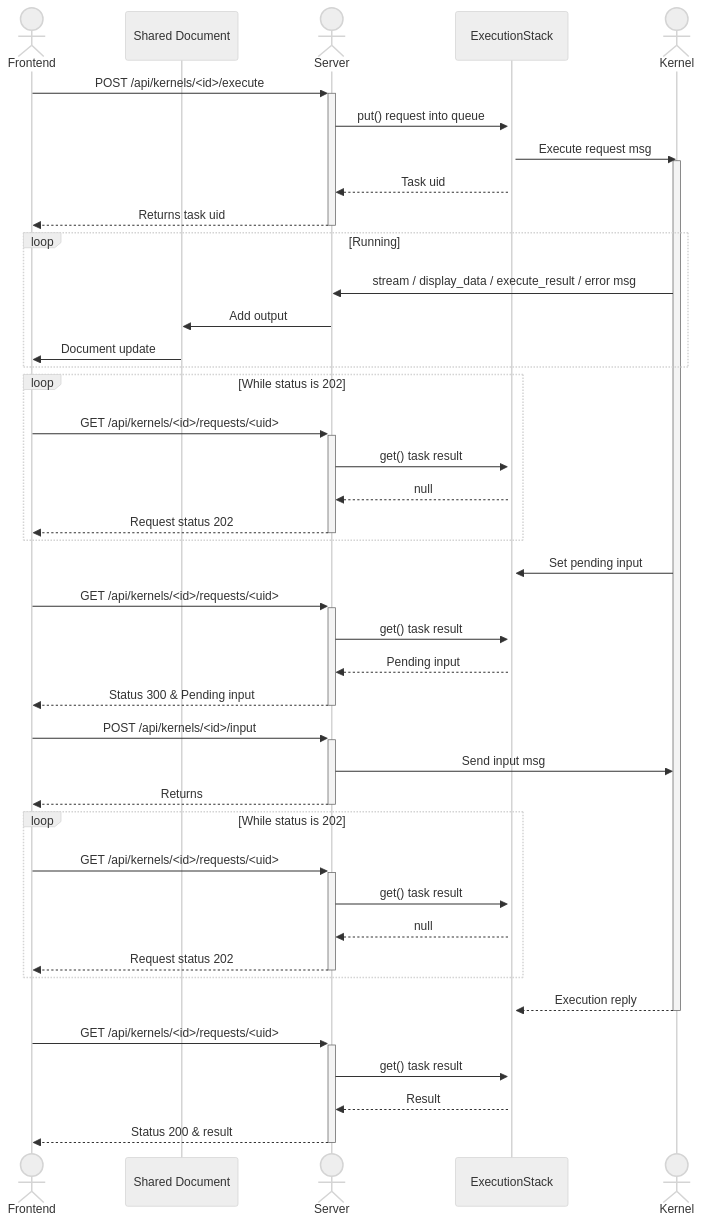
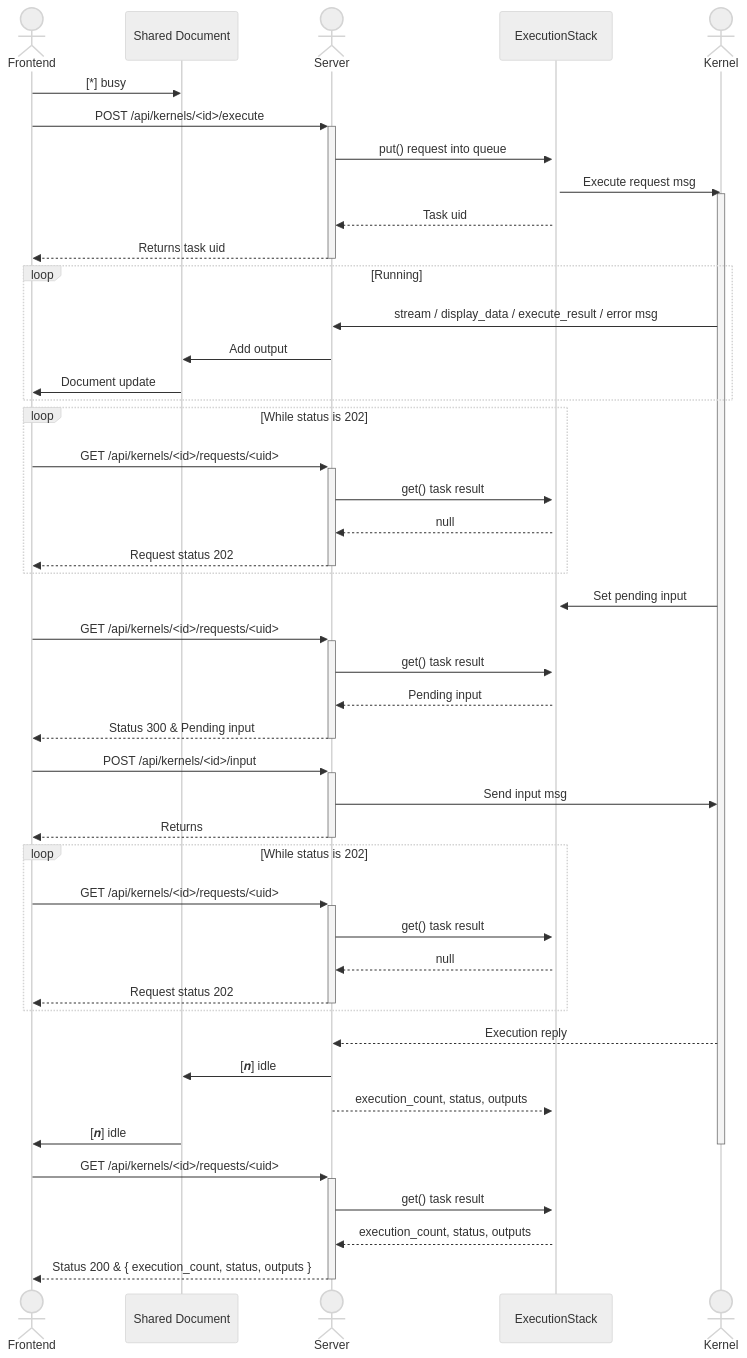
Before and after one commit to datalayer/jupyter-server-nbmodel: the second of 2 diagrams in README.md, drawn with Mermaid (neutral theme). The commit also changed other lines of this file, not shown here.

Commit message:
Diagram: show how doc transitions to [*] busy then [𝒏] idle state

````diff
--- a/README.md
+++ b/README.md
@@ -107,41 +111,45 @@
 ```mermaid
 sequenceDiagram
     actor Frontend; participant Shared Document; actor Server; participant ExecutionStack; actor Kernel
+    Frontend->>Shared Document: [*] busy
     Frontend->>+Server: POST /api/kernels/<id>/execute
     Server->>+ExecutionStack: put() request into queue
     ExecutionStack->>Kernel: Execute request msg
     activate Kernel
     ExecutionStack-->>Server: Task uid
     Server-->>-Frontend: Returns task uid
     loop Running
         Kernel->>Server: stream / display_data / execute_result / error msg
         Server->>Shared Document: Add output
         Shared Document->>Frontend: Document update
     end
     loop While status is 202
         Frontend->>+Server: GET /api/kernels/<id>/requests/<uid>
         Server->>ExecutionStack: get() task result
         ExecutionStack-->>Server: null
         Server-->>-Frontend: Request status 202
     end
     Kernel->>ExecutionStack: Set pending input
     Frontend->>+Server: GET /api/kernels/<id>/requests/<uid>
     Server->>ExecutionStack: get() task result
     ExecutionStack-->>Server: Pending input
     Server-->>-Frontend: Status 300 & Pending input
     Frontend->>+Server: POST /api/kernels/<id>/input
     Server->>Kernel: Send input msg
     Server-->>-Frontend: Returns
     loop While status is 202
         Frontend->>+Server: GET /api/kernels/<id>/requests/<uid>
         Server->>ExecutionStack: get() task result
         ExecutionStack-->>Server: null
         Server-->>-Frontend: Request status 202
     end
-    Kernel-->>ExecutionStack: Execution reply
+    Kernel-->>Server: Execution reply
+    Server->>Shared Document: [𝒏] idle
+    Server-->>ExecutionStack: execution_count, status, outputs
+    Shared Document->>Frontend: [𝒏] idle
     deactivate Kernel
     Frontend->>+Server: GET /api/kernels/<id>/requests/<uid>
     Server->>ExecutionStack: get() task result
-    ExecutionStack-->>Server: Result
-    Server-->>-Frontend: Status 200 & result
+    ExecutionStack-->>Server: execution_count, status, outputs
+    Server-->>-Frontend: Status 200 & { execution_count, status, outputs }
 ```
````
